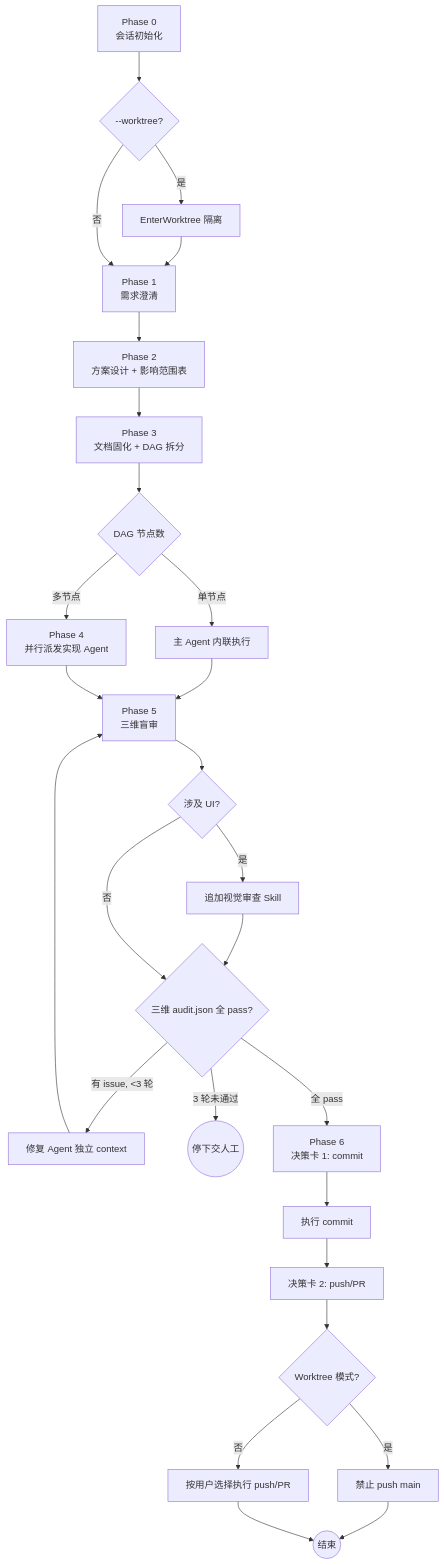
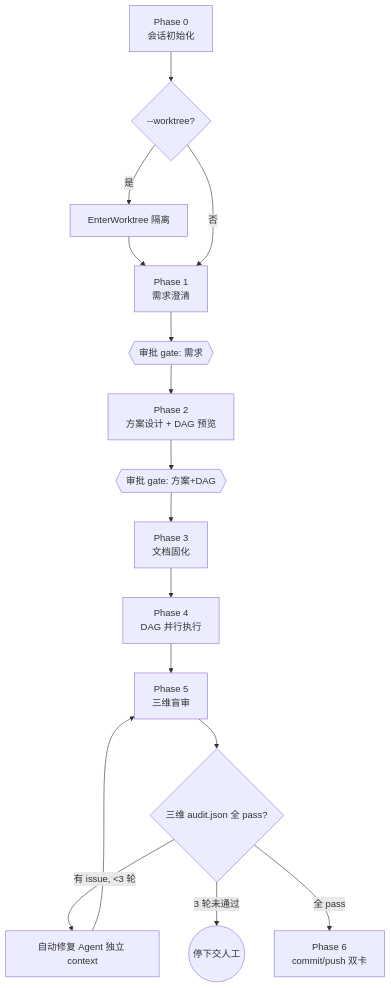
Before and after one commit to lorainwings/claude-autopilot: the diagram in plugins/slim-task/README.zh.md, drawn with Mermaid. The commit also changed other lines of this file and 17 other files, not shown here.

````diff
--- a/plugins/slim-task/README.zh.md
+++ b/plugins/slim-task/README.zh.md
@@ -34,21 +38,16 @@
 ```mermaid
 flowchart TD
     P0["Phase 0<br/>会话初始化"] --> WT{--worktree?}
     WT -->|是| EW[EnterWorktree 隔离] --> P1
     WT -->|否| P1["Phase 1<br/>需求澄清"]
-    P1 --> P2["Phase 2<br/>方案设计 + 影响范围表"]
-    P2 --> P3["Phase 3<br/>文档固化 + DAG 拆分"]
-    P3 --> DAG{DAG 节点数}
-    DAG -->|单节点| INL[主 Agent 内联执行] --> P5
-    DAG -->|多节点| PAR["Phase 4<br/>并行派发实现 Agent"] --> P5
-    P5["Phase 5<br/>三维盲审"] --> UI{涉及 UI?}
-    UI -->|是| VIS[追加视觉审查 Skill] --> AUD
-    UI -->|否| AUD{三维 audit.json 全 pass?}
-    AUD -->|有 issue, <3 轮| FIX[修复 Agent 独立 context] --> P5
+    P1 --> G1{{审批 gate: 需求}}
+    G1 --> P2["Phase 2<br/>方案设计 + DAG 预览"]
+    P2 --> G2{{审批 gate: 方案+DAG}}
+    G2 --> P3["Phase 3<br/>文档固化"]
+    P3 --> P4["Phase 4<br/>DAG 并行执行"]
+    P4 --> P5["Phase 5<br/>三维盲审"]
+    P5 --> AUD{三维 audit.json 全 pass?}
+    AUD -->|有 issue, <3 轮| FIX[自动修复 Agent 独立 context] --> P5
     AUD -->|3 轮未通过| STOP((停下交人工))
-    AUD -->|全 pass| P6["Phase 6<br/>决策卡 1: commit"]
-    P6 --> COMMIT[执行 commit] --> P6P[决策卡 2: push/PR]
-    P6P --> WTM{Worktree 模式?}
-    WTM -->|是| NOPUSH[禁止 push main] --> END((结束))
-    WTM -->|否| PUSH[按用户选择执行 push/PR] --> END
+    AUD -->|全 pass| P6["Phase 6<br/>commit/push 双卡"]
 ```
````
